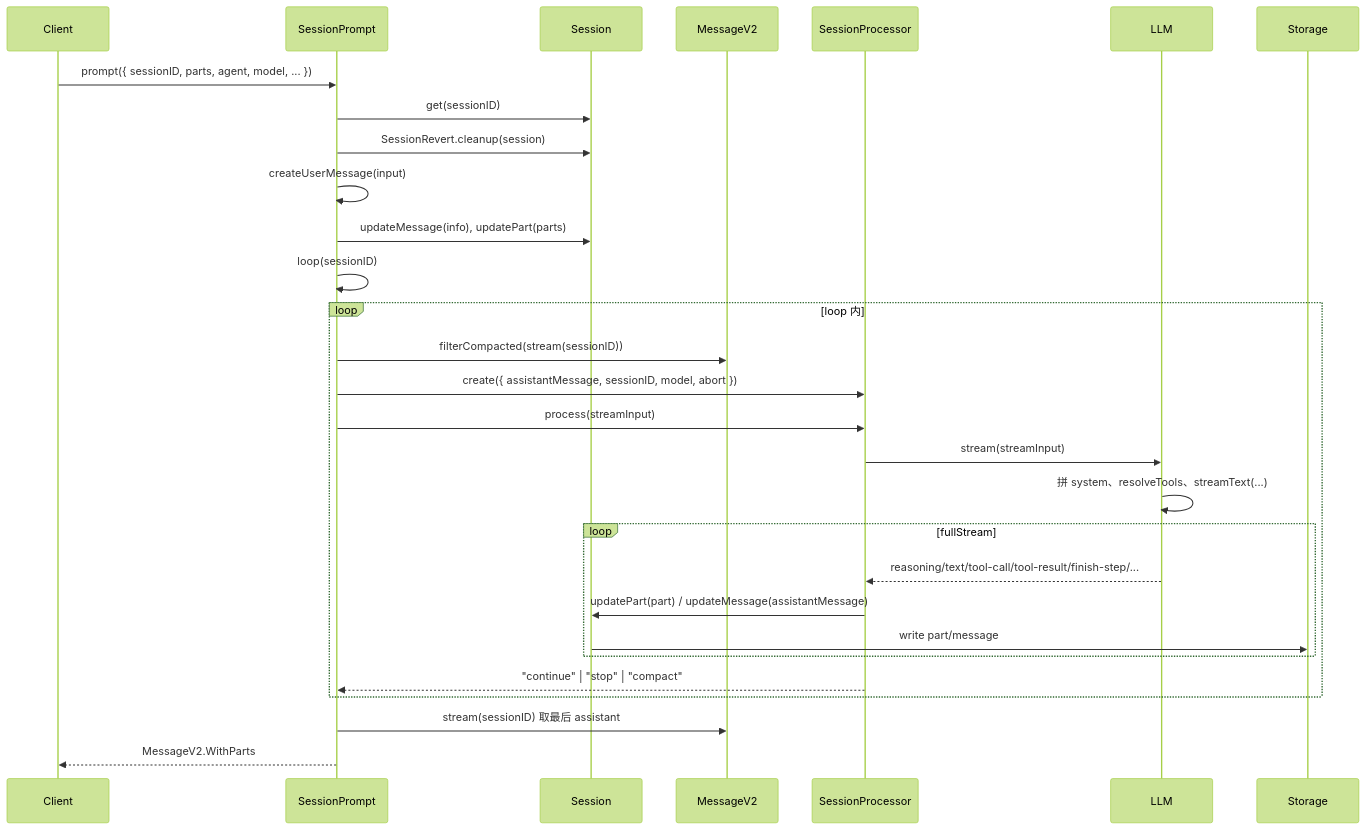
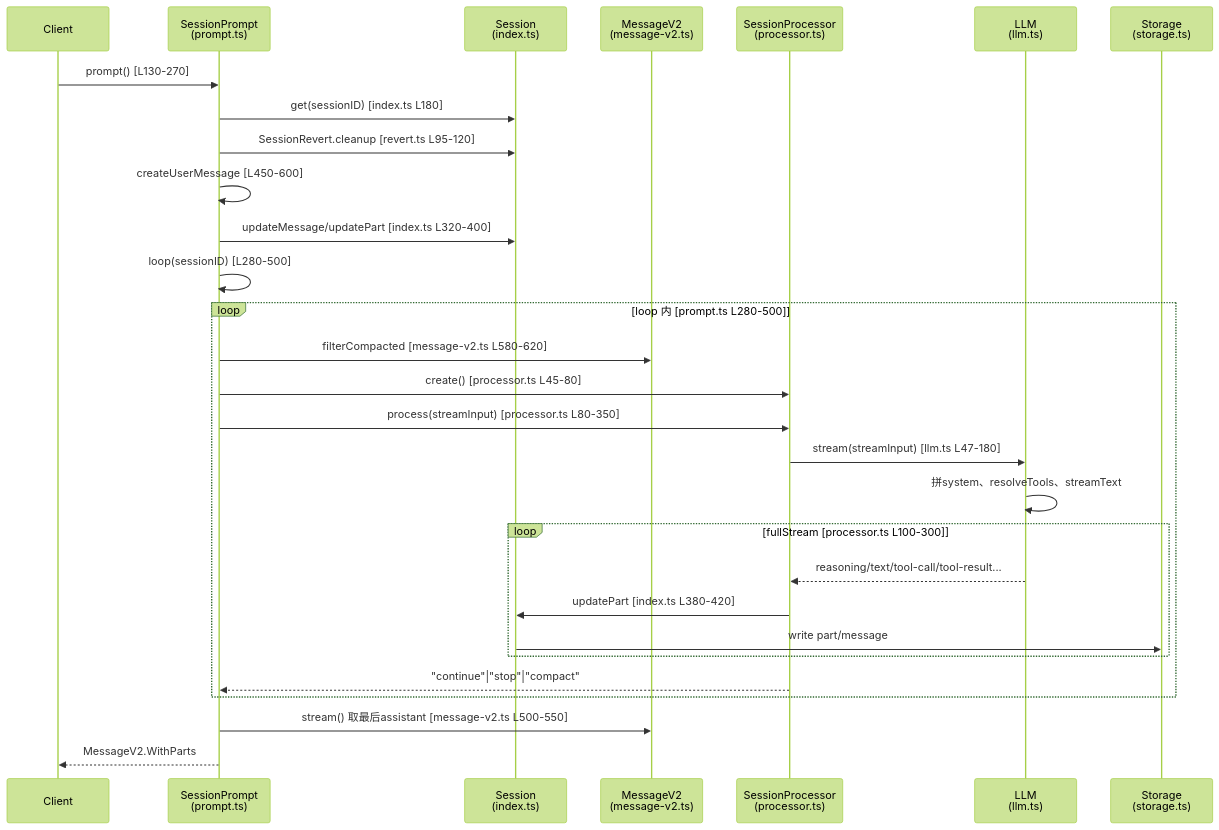
Before and after one commit to dolibali/opencode: the second of 6 diagrams in packages/opencode/src/session/SESSION_MODULE_ANALYSIS.md, drawn with Mermaid (forest theme). The commit also changed other lines of this file and 2 other files, not shown here.

Commit message:
Add session module md

````diff
--- a/packages/opencode/src/session/SESSION_MODULE_ANALYSIS.md
+++ b/packages/opencode/src/session/SESSION_MODULE_ANALYSIS.md
@@ -282,34 +282,34 @@
 ```mermaid
 sequenceDiagram
   participant Client
-  participant SessionPrompt
-  participant Session
-  participant MessageV2
-  participant SessionProcessor
-  participant LLM
-  participant Storage
+  participant SessionPrompt as SessionPrompt<br/>(prompt.ts)
+  participant Session as Session<br/>(index.ts)
+  participant MessageV2 as MessageV2<br/>(message-v2.ts)
+  participant SessionProcessor as SessionProcessor<br/>(processor.ts)
+  participant LLM as LLM<br/>(llm.ts)
+  participant Storage as Storage<br/>(storage.ts)
 
-  Client->>SessionPrompt: prompt({ sessionID, parts, agent, model, ... })
-  SessionPrompt->>Session: get(sessionID)
-  SessionPrompt->>Session: SessionRevert.cleanup(session)
-  SessionPrompt->>SessionPrompt: createUserMessage(input)
-  SessionPrompt->>Session: updateMessage(info), updatePart(parts)
-  SessionPrompt->>SessionPrompt: loop(sessionID)
+  Client->>SessionPrompt: prompt() [L130-270]
+  SessionPrompt->>Session: get(sessionID) [index.ts L180]
+  SessionPrompt->>Session: SessionRevert.cleanup [revert.ts L95-120]
+  SessionPrompt->>SessionPrompt: createUserMessage [L450-600]
+  SessionPrompt->>Session: updateMessage/updatePart [index.ts L320-400]
+  SessionPrompt->>SessionPrompt: loop(sessionID) [L280-500]
 
-  loop loop 内
-    SessionPrompt->>MessageV2: filterCompacted(stream(sessionID))
-    SessionPrompt->>SessionProcessor: create({ assistantMessage, sessionID, model, abort })
-    SessionPrompt->>SessionProcessor: process(streamInput)
-    SessionProcessor->>LLM: stream(streamInput)
-    LLM->>LLM: 拼 system、resolveTools、streamText(...)
-    loop fullStream
-      LLM-->>SessionProcessor: reasoning/text/tool-call/tool-result/finish-step/...
-      SessionProcessor->>Session: updatePart(part) / updateMessage(assistantMessage)
+  loop loop 内 [prompt.ts L280-500]
+    SessionPrompt->>MessageV2: filterCompacted [message-v2.ts L580-620]
+    SessionPrompt->>SessionProcessor: create() [processor.ts L45-80]
+    SessionPrompt->>SessionProcessor: process(streamInput) [processor.ts L80-350]
+    SessionProcessor->>LLM: stream(streamInput) [llm.ts L47-180]
+    LLM->>LLM: 拼system、resolveTools、streamText
+    loop fullStream [processor.ts L100-300]
+      LLM-->>SessionProcessor: reasoning/text/tool-call/tool-result...
+      SessionProcessor->>Session: updatePart [index.ts L380-420]
       Session->>Storage: write part/message
     end
-    SessionProcessor-->>SessionPrompt: "continue" | "stop" | "compact"
+    SessionProcessor-->>SessionPrompt: "continue"|"stop"|"compact"
   end
 
-  SessionPrompt->>MessageV2: stream(sessionID) 取最后 assistant
+  SessionPrompt->>MessageV2: stream() 取最后assistant [message-v2.ts L500-550]
   SessionPrompt-->>Client: MessageV2.WithParts
 ```
````
